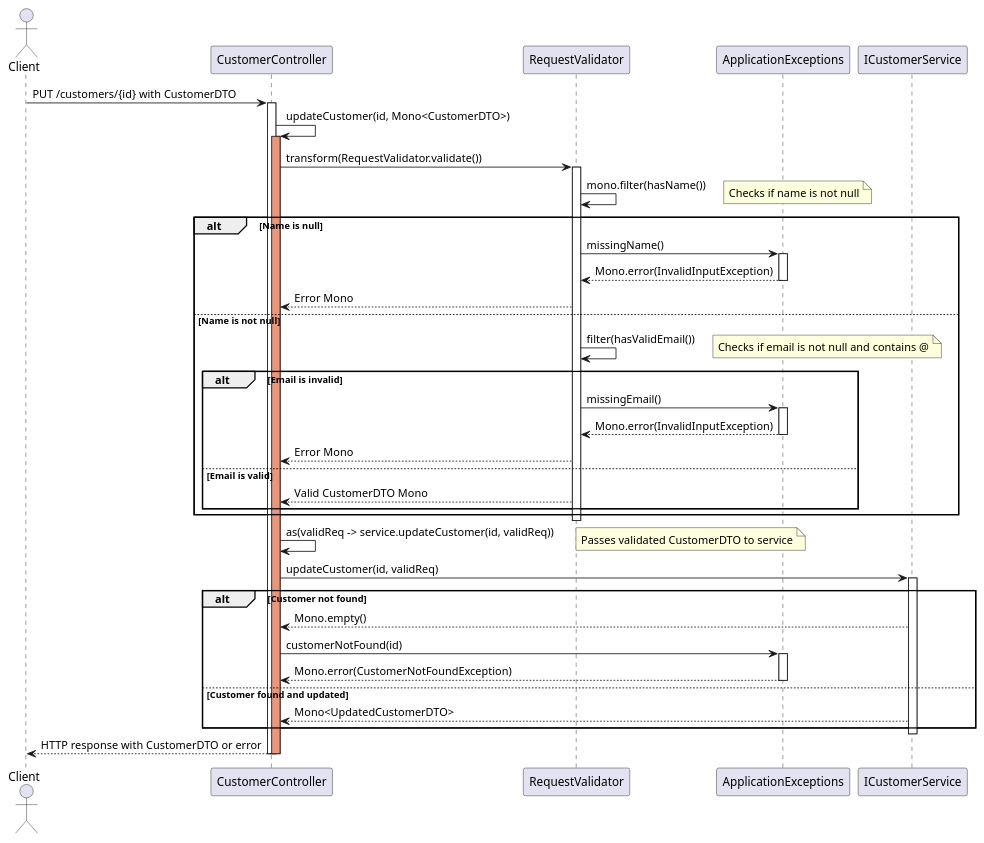
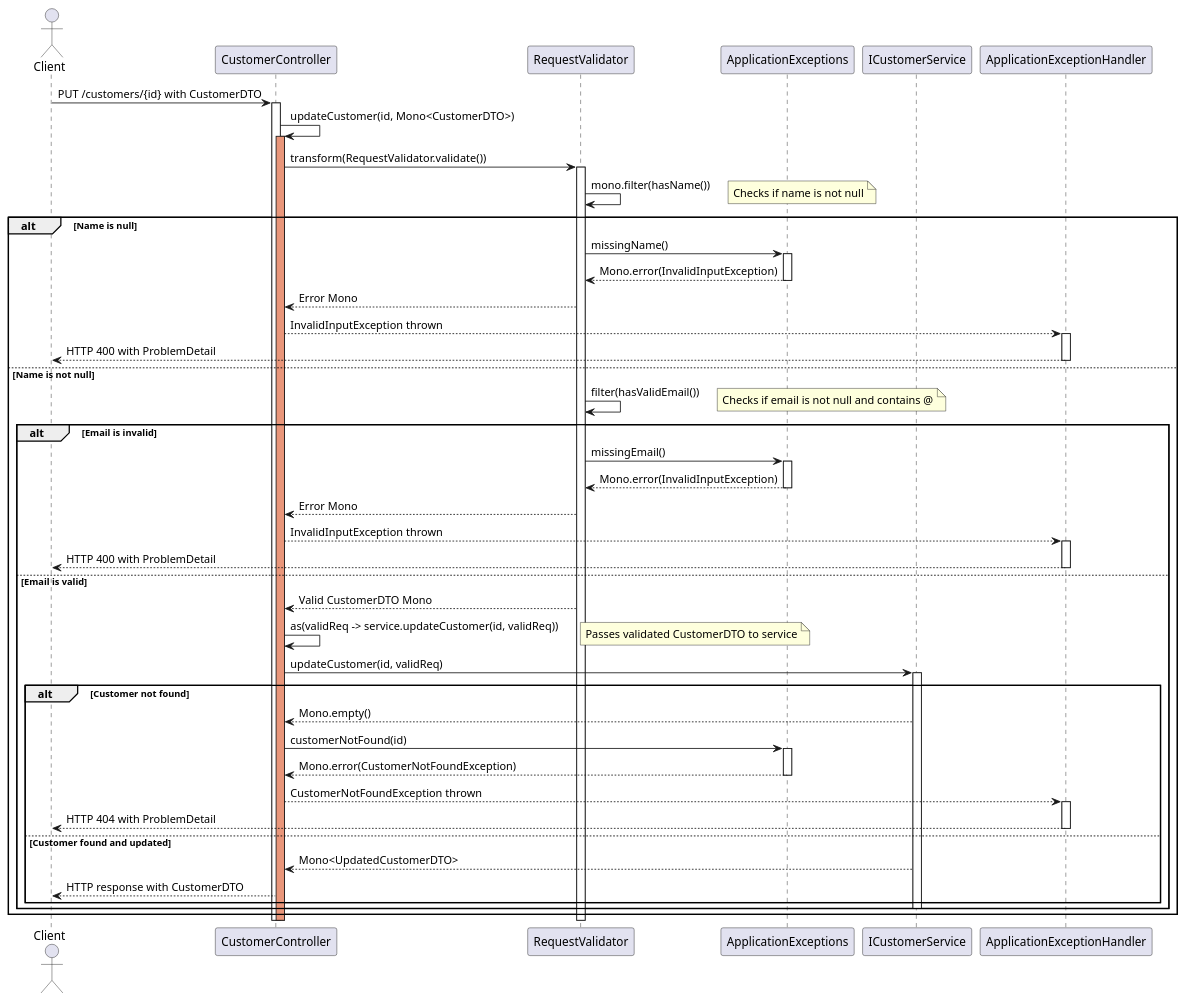
Before and after one commit to jays-codes/reactive-microservices: the diagram in webflux-sandbox/docs/diagrams/src/plant-updateCustomer-validation-SD.wsd, drawn with PlantUML. The commit also changed 2 other files, not shown here.

Commit message:
modified sequence diagram for update and save customer flows

```diff
--- a/webflux-sandbox/docs/diagrams/src/plant-updateCustomer-validation-SD.wsd
+++ b/webflux-sandbox/docs/diagrams/src/plant-updateCustomer-validation-SD.wsd
@@ -1,66 +1,78 @@
 @startuml Update Customer Validation Flow
 
 actor Client
 participant "CustomerController" as Controller
 participant "RequestValidator" as Validator
 participant "ApplicationExceptions" as Exceptions
 participant "ICustomerService" as Service
+participant "ApplicationExceptionHandler" as ExceptionHandler
 
 Client -> Controller: PUT /customers/{id} with CustomerDTO
 activate Controller
 
 Controller -> Controller: updateCustomer(id, Mono<CustomerDTO>)
 activate Controller #DarkSalmon
 
 Controller -> Validator: transform(RequestValidator.validate())
 activate Validator
 
 Validator -> Validator: mono.filter(hasName())
 note right: Checks if name is not null
 
 alt Name is null
     Validator -> Exceptions: missingName()
     activate Exceptions
     Exceptions --> Validator: Mono.error(InvalidInputException)
     deactivate Exceptions
     Validator --> Controller: Error Mono
+    Controller --> ExceptionHandler: InvalidInputException thrown
+    activate ExceptionHandler
+    ExceptionHandler --> Client: HTTP 400 with ProblemDetail
+    deactivate ExceptionHandler
 else Name is not null
     Validator -> Validator: filter(hasValidEmail())
     note right: Checks if email is not null and contains @
     
     alt Email is invalid
         Validator -> Exceptions: missingEmail()
         activate Exceptions
         Exceptions --> Validator: Mono.error(InvalidInputException)
         deactivate Exceptions
         Validator --> Controller: Error Mono
+        Controller --> ExceptionHandler: InvalidInputException thrown
+        activate ExceptionHandler
+        ExceptionHandler --> Client: HTTP 400 with ProblemDetail
+        deactivate ExceptionHandler
     else Email is valid
         Validator --> Controller: Valid CustomerDTO Mono
+        
+        Controller -> Controller: as(validReq -> service.updateCustomer(id, validReq))
+        note right: Passes validated CustomerDTO to service
+
+        Controller -> Service: updateCustomer(id, validReq)
+        activate Service
+
+        alt Customer not found
+            Service --> Controller: Mono.empty()
+            Controller -> Exceptions: customerNotFound(id)
+            activate Exceptions
+            Exceptions --> Controller: Mono.error(CustomerNotFoundException)
+            deactivate Exceptions
+            Controller --> ExceptionHandler: CustomerNotFoundException thrown
+            activate ExceptionHandler
+            ExceptionHandler --> Client: HTTP 404 with ProblemDetail
+            deactivate ExceptionHandler
+        else Customer found and updated
+            Service --> Controller: Mono<UpdatedCustomerDTO>
+            Controller --> Client: HTTP response with CustomerDTO
+        end
+
+        deactivate Service
     end
 end
 
 deactivate Validator
-
-Controller -> Controller: as(validReq -> service.updateCustomer(id, validReq))
-note right: Passes validated CustomerDTO to service
-
-Controller -> Service: updateCustomer(id, validReq)
-activate Service
-
-alt Customer not found
-    Service --> Controller: Mono.empty()
-    Controller -> Exceptions: customerNotFound(id)
-    activate Exceptions
-    Exceptions --> Controller: Mono.error(CustomerNotFoundException)
-    deactivate Exceptions
-else Customer found and updated
-    Service --> Controller: Mono<UpdatedCustomerDTO>
-end
-
-deactivate Service
-
-Controller --> Client: HTTP response with CustomerDTO or error
 deactivate Controller #DarkSalmon
 deactivate Controller
 
 @enduml
```
